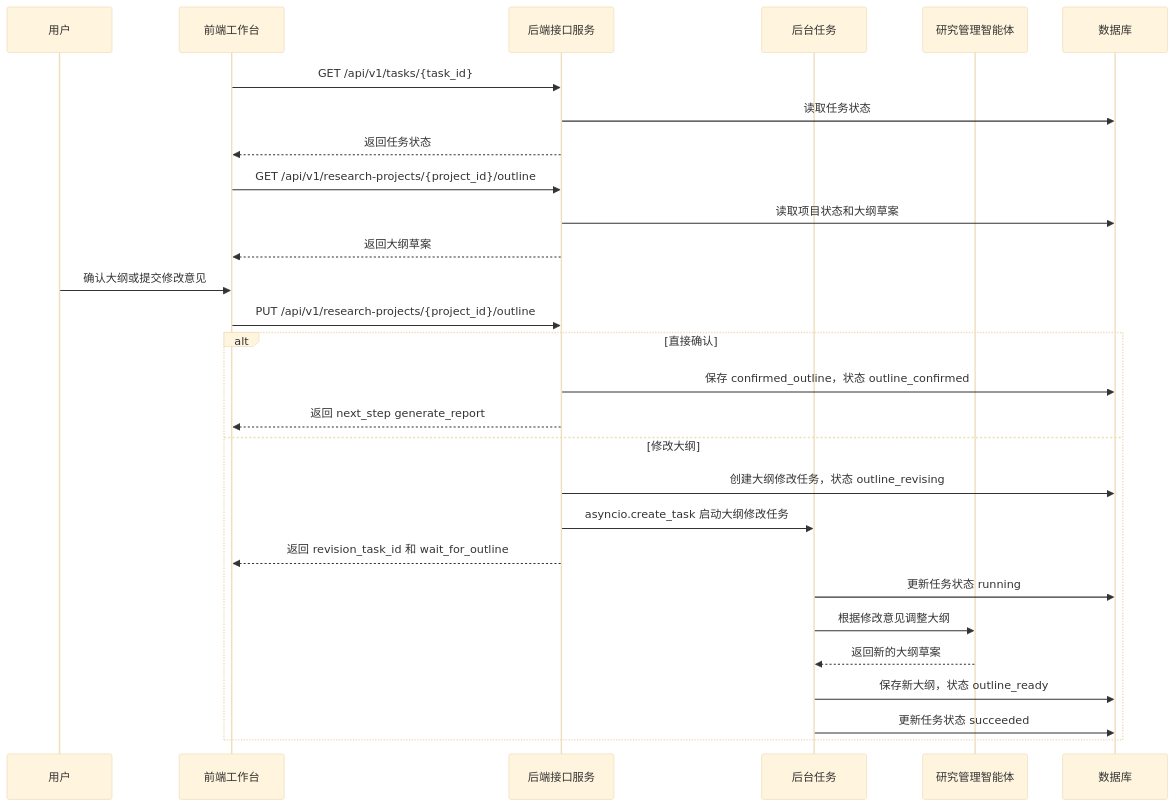
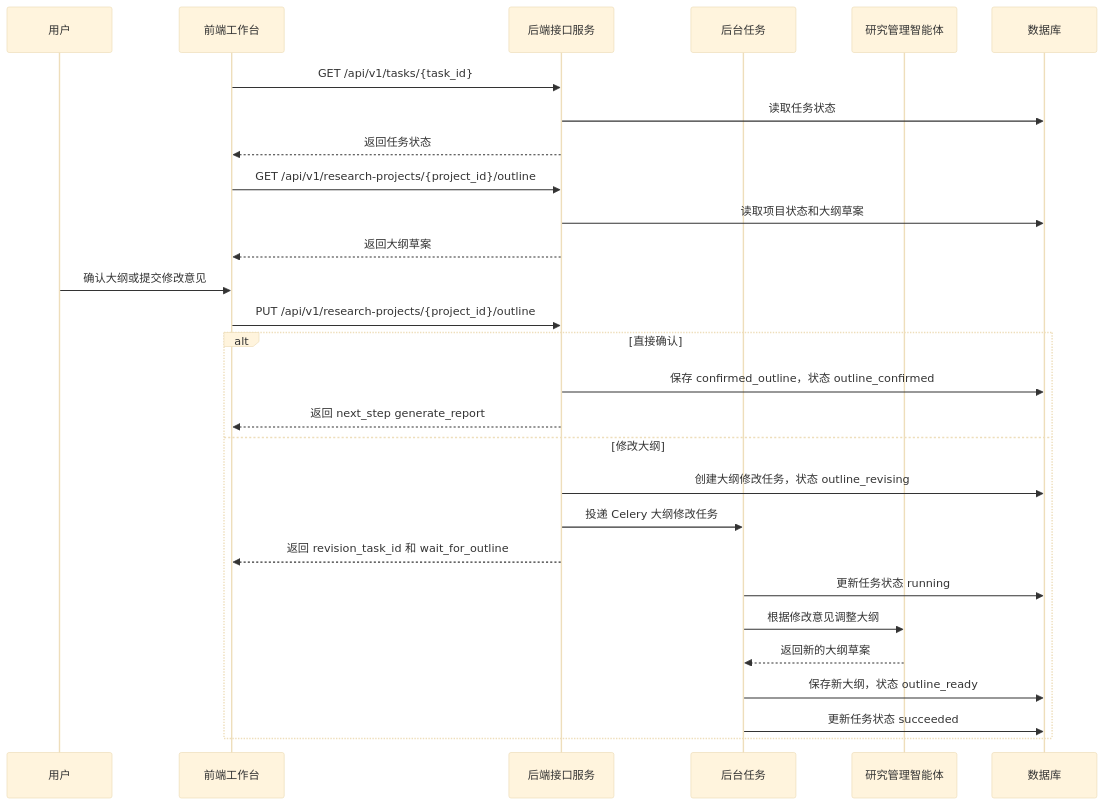
The third of 8 diagrams in 最终课件/01_项目概述与架构设计.md (JxKim/DeepResearch), drawn with Mermaid before and after one commit. The commit also changed other lines of this file and 28 other files, not shown here.

````diff
--- a/最终课件/01_项目概述与架构设计.md
+++ b/最终课件/01_项目概述与架构设计.md
@@ -197,34 +145,34 @@
 ```mermaid
 %%{init: {'theme': 'base', 'themeVariables': { 'fontSize': '16px'}}}%%
 sequenceDiagram
 
     participant 用户
     participant 前端工作台
     participant 后端接口服务
     participant 后台任务
     participant 研究管理智能体
     participant 数据库
 
     前端工作台->>后端接口服务: GET /api/v1/tasks/{task_id}
     后端接口服务->>数据库: 读取任务状态
     后端接口服务-->>前端工作台: 返回任务状态
     前端工作台->>后端接口服务: GET /api/v1/research-projects/{project_id}/outline
     后端接口服务->>数据库: 读取项目状态和大纲草案
     后端接口服务-->>前端工作台: 返回大纲草案
 
     用户->>前端工作台: 确认大纲或提交修改意见
     前端工作台->>后端接口服务: PUT /api/v1/research-projects/{project_id}/outline
     alt 直接确认
         后端接口服务->>数据库: 保存 confirmed_outline，状态 outline_confirmed
         后端接口服务-->>前端工作台: 返回 next_step generate_report
     else 修改大纲
         后端接口服务->>数据库: 创建大纲修改任务，状态 outline_revising
-        后端接口服务->>后台任务: asyncio.create_task 启动大纲修改任务
+        后端接口服务->>后台任务: 投递 Celery 大纲修改任务
         后端接口服务-->>前端工作台: 返回 revision_task_id 和 wait_for_outline
         后台任务->>数据库: 更新任务状态 running
         后台任务->>研究管理智能体: 根据修改意见调整大纲
         研究管理智能体-->>后台任务: 返回新的大纲草案
         后台任务->>数据库: 保存新大纲，状态 outline_ready
         后台任务->>数据库: 更新任务状态 succeeded
     end
 ```
````
